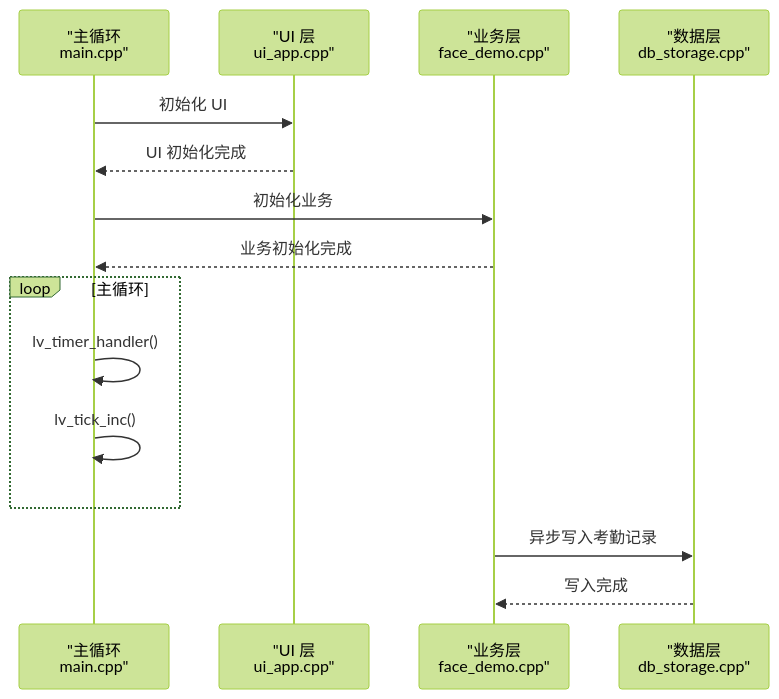
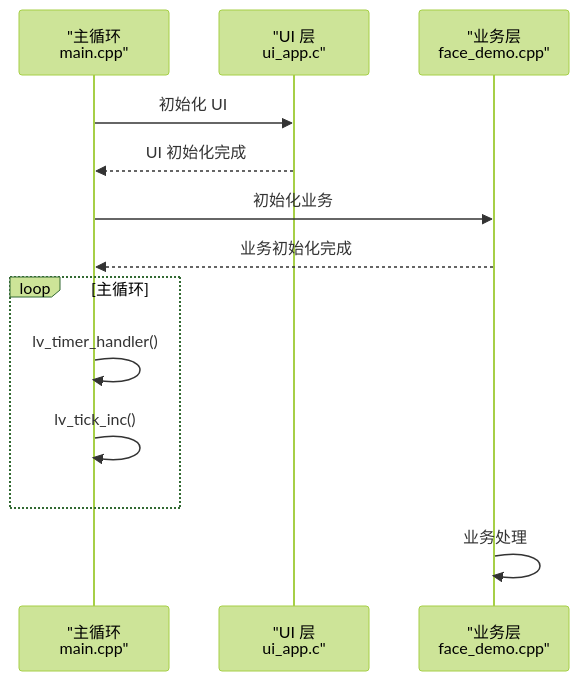
Before and after one commit to Drunk552/SmartAttendance: the second of 5 diagrams in .qoder/repowiki/zh/content/快速开始.md, drawn with Mermaid (forest theme). The commit also changed other lines of this file and 26 other files, not shown here.

````diff
--- a/.qoder/repowiki/zh/content/快速开始.md
+++ b/.qoder/repowiki/zh/content/快速开始.md
@@ -87,17 +80,15 @@
 ```mermaid
 sequenceDiagram
 participant Main as "主循环<br/>main.cpp"
-participant UI as "UI 层<br/>ui_app.cpp"
+participant UI as "UI 层<br/>ui_app.c"
 participant Biz as "业务层<br/>face_demo.cpp"
-participant DB as "数据层<br/>db_storage.cpp"
 Main->>UI : 初始化 UI
 UI-->>Main : UI 初始化完成
 Main->>Biz : 初始化业务
 Biz-->>Main : 业务初始化完成
 loop 主循环
 Main->>Main : lv_timer_handler()
 Main->>Main : lv_tick_inc()
 end
-Biz->>DB : 异步写入考勤记录
-DB-->>Biz : 写入完成
+Biz->>Biz : 业务处理
 ```
````
